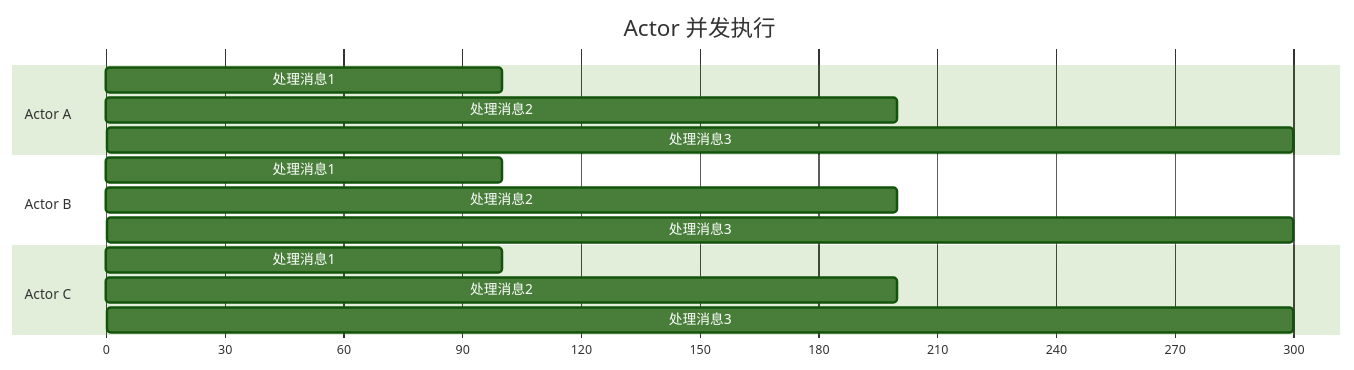
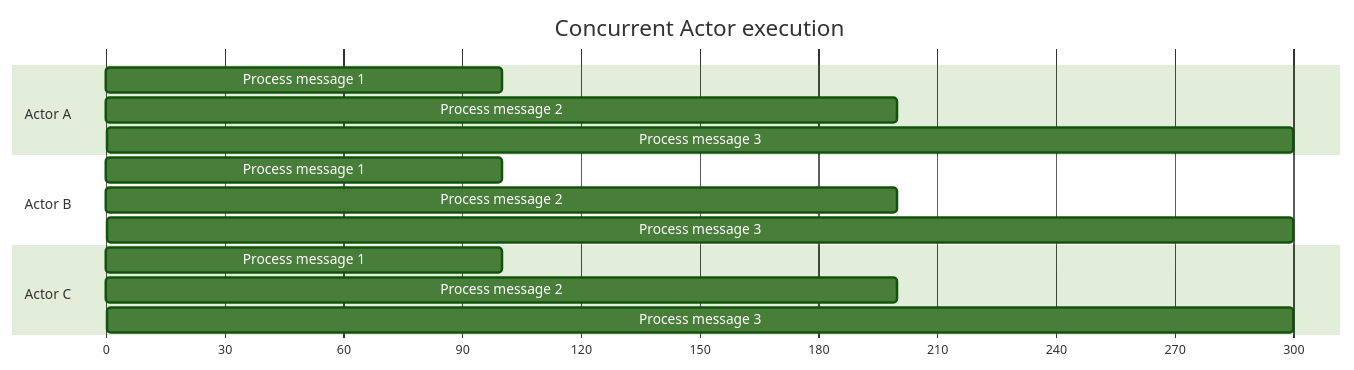
Before and after one commit to cuihairu/skynet: the second of 2 diagrams in docs/architecture/actor-model.md, drawn with Mermaid (forest theme). The commit also changed other lines of this file and 86 other files, not shown here.

````diff
--- a/docs/architecture/actor-model.md
+++ b/docs/architecture/actor-model.md
@@ -158,21 +158,21 @@
 ```mermaid
 gantt
-    title Actor 并发执行
+    title Concurrent Actor execution
     dateFormat X
     axisFormat %s
     
     section Actor A
-    处理消息1 :a1, 0, 100
-    处理消息2 :a2, 100, 200
-    处理消息3 :a3, 200, 300
+    Process message 1 :a1, 0, 100
+    Process message 2 :a2, 100, 200
+    Process message 3 :a3, 200, 300
     
     section Actor B
-    处理消息1 :b1, 0, 100
-    处理消息2 :b2, 100, 200
-    处理消息3 :b3, 200, 300
+    Process message 1 :b1, 0, 100
+    Process message 2 :b2, 100, 200
+    Process message 3 :b3, 200, 300
     
     section Actor C
-    处理消息1 :c1, 0, 100
-    处理消息2 :c2, 100, 200
-    处理消息3 :c3, 200, 300
+    Process message 1 :c1, 0, 100
+    Process message 2 :c2, 100, 200
+    Process message 3 :c3, 200, 300
 ```
````
